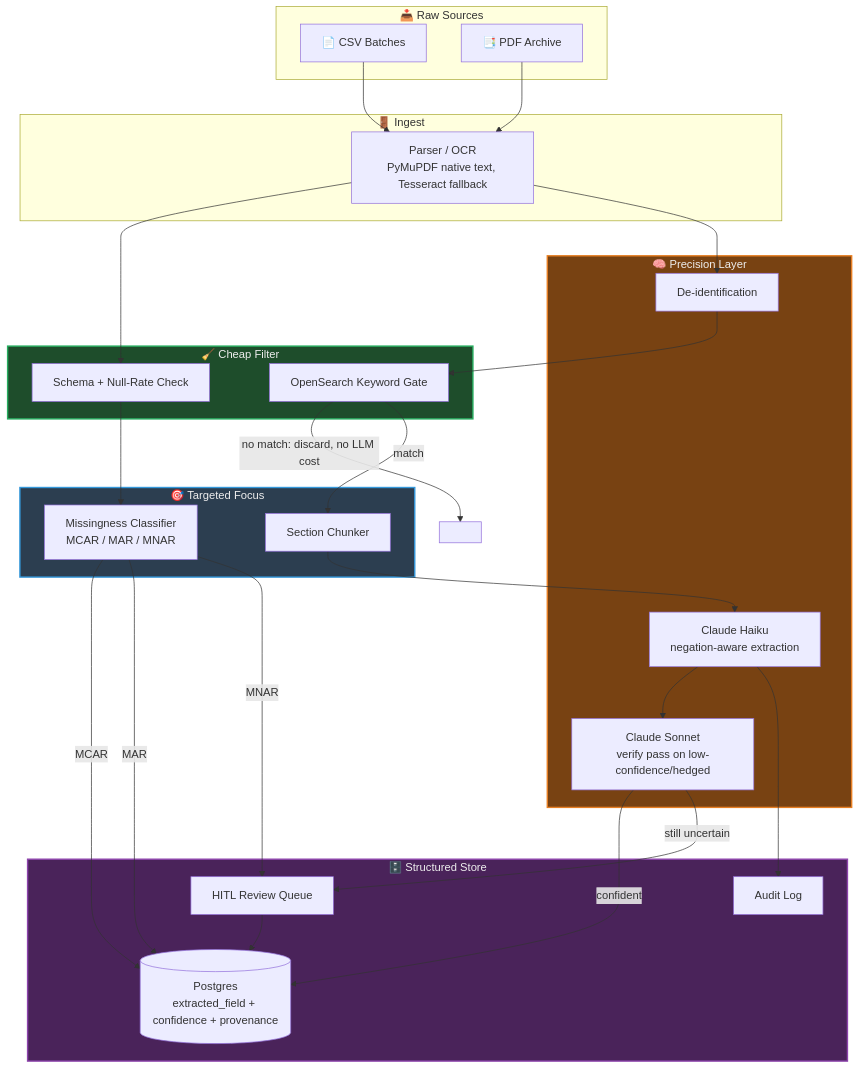
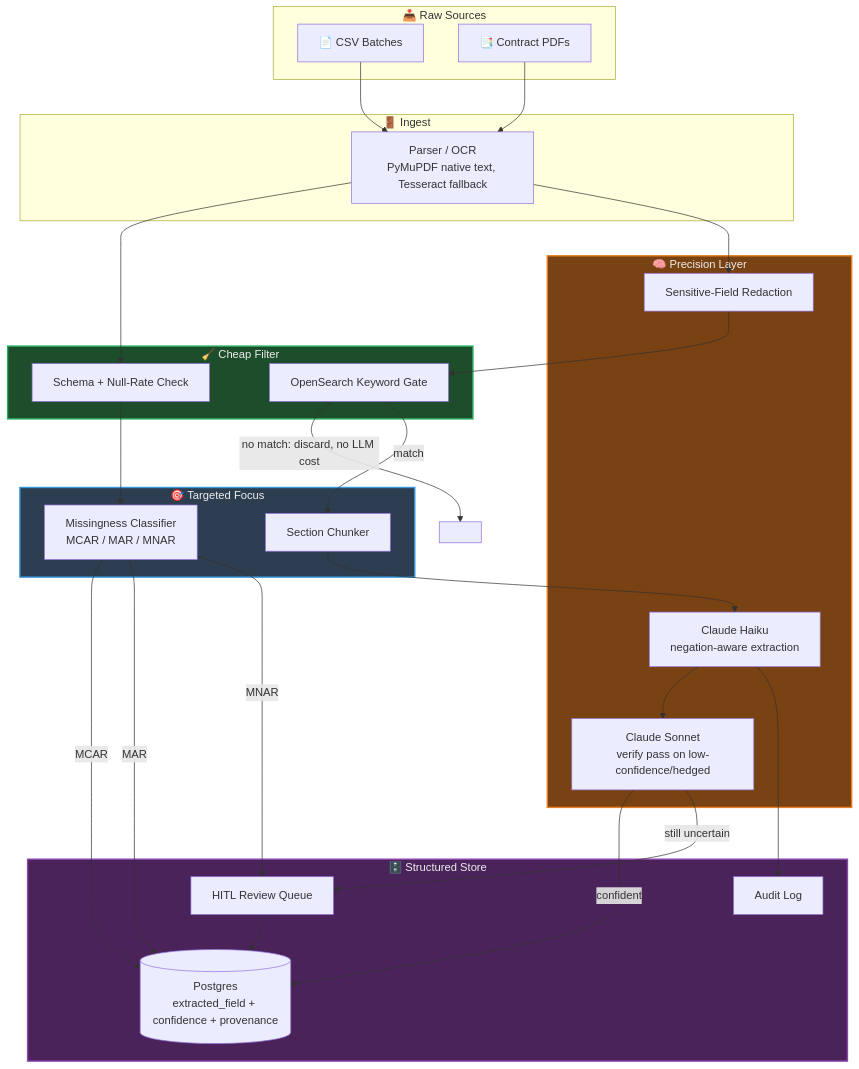
The diagram in README.md (pvenkata-tech/extraction-funnel), drawn with Mermaid before and after one commit. The commit also changed other lines of this file and 32 other files, not shown here.

````diff
--- a/README.md
+++ b/README.md
@@ -45,51 +45,51 @@
 ```mermaid
 flowchart TD
     subgraph SOURCE["📥 Raw Sources"]
         CSV[📄 CSV Batches]
-        PDF[📑 PDF Archive]
+        PDF[📑 Contract PDFs]
     end
 
     subgraph INGEST["🚪 Ingest"]
         PARSE[Parser / OCR\nPyMuPDF native text, Tesseract fallback]
     end
 
     subgraph FILTER["🧹 Cheap Filter"]
         SCHEMA[Schema + Null-Rate Check]
         LEXICAL[OpenSearch Keyword Gate]
     end
 
     subgraph TARGET["🎯 Targeted Focus"]
         CLASSIFY[Missingness Classifier\nMCAR / MAR / MNAR]
         CHUNK[Section Chunker]
     end
 
     subgraph PRECISION["🧠 Precision Layer"]
-        DEID[De-identification]
+        DEID[Sensitive-Field Redaction]
         LLM[Claude Haiku\nnegation-aware extraction]
         VERIFY[Claude Sonnet\nverify pass on low-confidence/hedged]
     end
 
     subgraph STORE["🗄️ Structured Store"]
         PG[(Postgres\nextracted_field + confidence + provenance)]
         HITL[HITL Review Queue]
         AUDIT[Audit Log]
     end
 
     CSV --> PARSE --> SCHEMA --> CLASSIFY
     PDF --> PARSE --> DEID --> LEXICAL
     LEXICAL -->|no match: discard, no LLM cost| X[ ]
     LEXICAL -->|match| CHUNK --> LLM --> VERIFY
 
     CLASSIFY -->|MCAR| PG
     CLASSIFY -->|MAR| PG
     CLASSIFY -->|MNAR| HITL
     VERIFY -->|confident| PG
     VERIFY -->|still uncertain| HITL
     LLM --> AUDIT
     HITL --> PG
 
     style FILTER fill:#1E4D2B,color:#eee,stroke:#27AE60,stroke-width:2px
     style TARGET fill:#2C3E50,color:#eee,stroke:#3498DB,stroke-width:2px
     style PRECISION fill:#784212,color:#eee,stroke:#E67E22,stroke-width:2px
     style STORE fill:#4A235A,color:#eee,stroke:#8E44AD,stroke-width:2px
 ```
````
